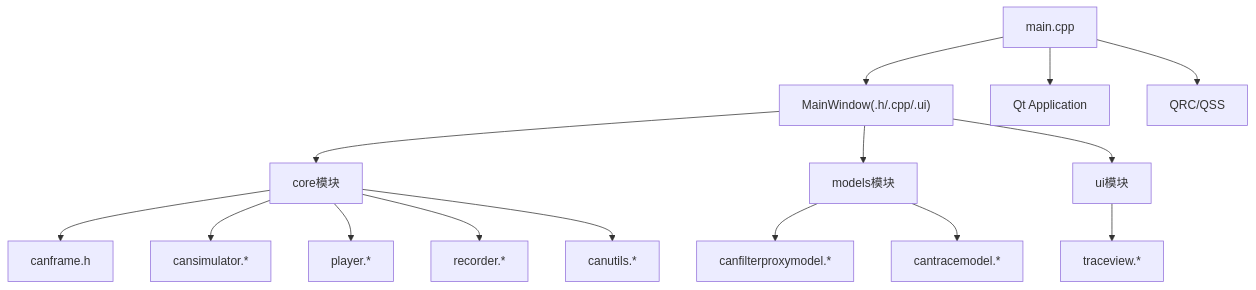
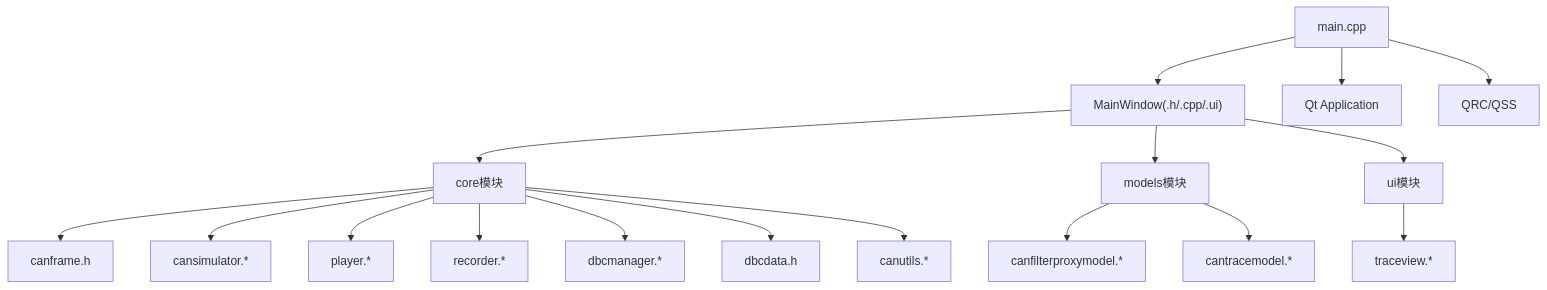
One commit to jakecai1225-design/OpenBus changed the sixth of 6 diagrams in .qoder/repowiki/zh/content/核心模块详解/核心模块详解.md. Above: the diagram before and after it, drawn with Mermaid. The commit also changed other lines of this file and 44 other files, not shown here.

````diff
--- a/.qoder/repowiki/zh/content/核心模块详解/核心模块详解.md
+++ b/.qoder/repowiki/zh/content/核心模块详解/核心模块详解.md
@@ -440,17 +525,19 @@
 ```mermaid
 graph TB
 Main["main.cpp"] --> Win["MainWindow(.h/.cpp/.ui)"]
 Win --> Core["core模块"]
 Win --> Models["models模块"]
 Win --> UI["ui模块"]
 Core --> CanFrame["canframe.h"]
 Core --> Simulator["cansimulator.*"]
 Core --> Player["player.*"]
 Core --> Recorder["recorder.*"]
+Core --> DBCManager["dbcmanager.*"]
+Core --> DBCData["dbcdata.h"]
 Models --> FilterModel["canfilterproxymodel.*"]
 Models --> TraceModel["cantracemodel.*"]
 UI --> TraceView["traceview.*"]
 Core --> Utils["canutils.*"]
 Main --> QtA["Qt Application"]
 Main --> Res["QRC/QSS"]
 ```
````
